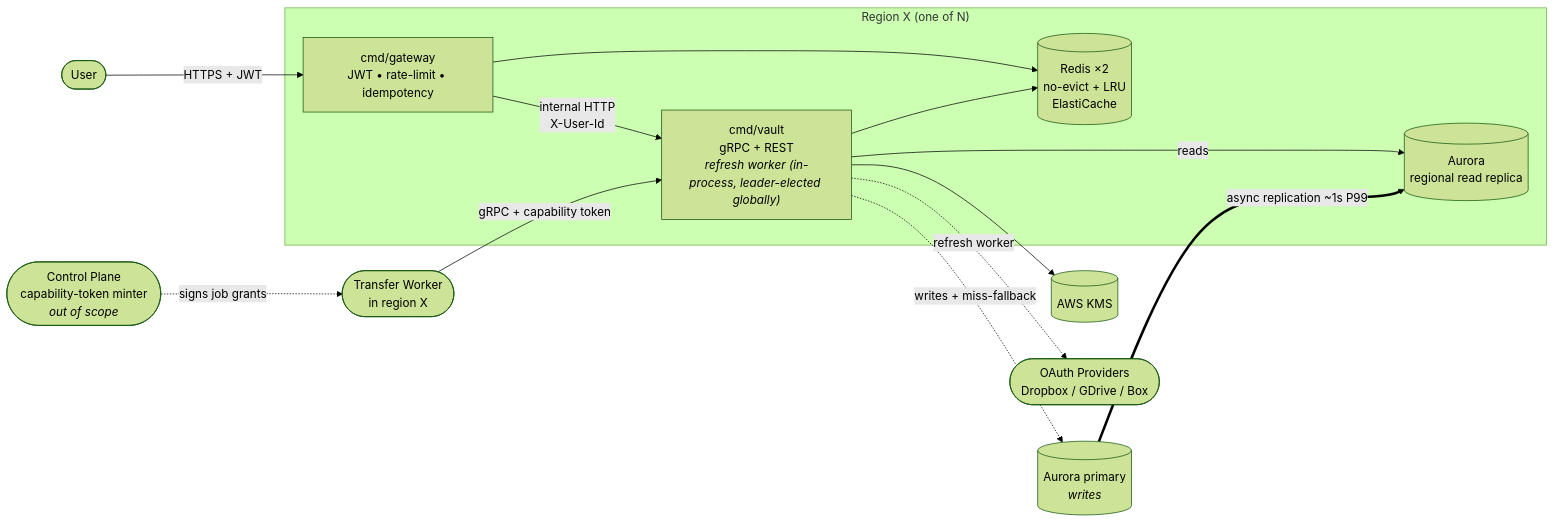
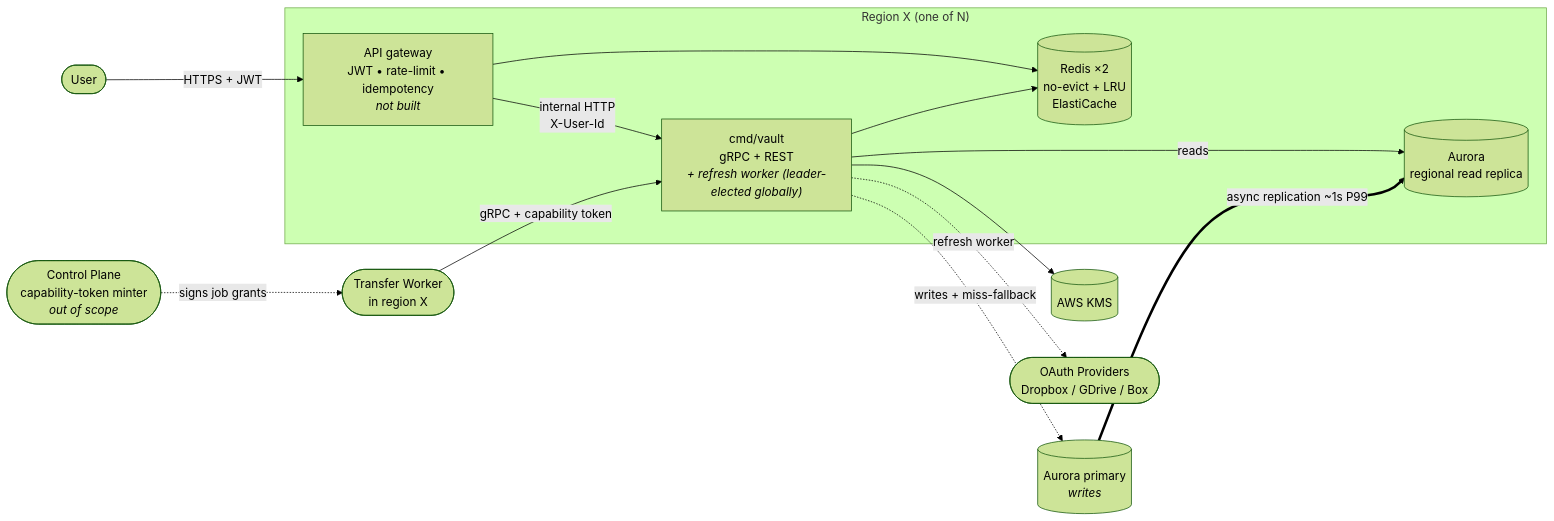
The first of 4 diagrams in README.md (tumultousRamen/coffer), drawn with Mermaid (forest theme) before and after one commit. The commit also changed other lines of this file, not shown here.

````diff
--- a/README.md
+++ b/README.md
@@ -17,30 +36,30 @@
 ```mermaid
 flowchart LR
     User([User])
     Worker([Transfer Worker<br/>in region X])
     CP([Control Plane<br/>capability-token minter<br/><i>out of scope</i>])
 
     subgraph region["Region X (one of N)"]
-        Gateway["cmd/gateway<br/>JWT • rate-limit • idempotency"]
-        Vault["cmd/vault<br/>gRPC + REST<br/><i>refresh worker (in-process, leader-elected globally)</i>"]
+        Gateway["API gateway<br/>JWT • rate-limit • idempotency<br/><i>not built</i>"]
+        Vault["cmd/vault<br/>gRPC + REST<br/><i>+ refresh worker (leader-elected globally)</i>"]
         Replica[("Aurora<br/>regional read replica")]
         Redis[("Redis ×2<br/>no-evict + LRU<br/>ElastiCache")]
     end
 
     Primary[("Aurora primary<br/><i>writes</i>")]
     KMS[("AWS KMS")]
     OAuthP([OAuth Providers<br/>Dropbox / GDrive / Box])
 
     User -->|HTTPS + JWT| Gateway
     Gateway -->|internal HTTP<br/>X-User-Id| Vault
     Gateway --> Redis
     CP -.->|signs job grants| Worker
     Worker -->|gRPC + capability token| Vault
 
     Vault -->|reads| Replica
     Vault -.->|writes + miss-fallback| Primary
     Vault --> KMS
     Vault --> Redis
     Vault -.->|refresh worker| OAuthP
     Primary ===>|async replication ~1s P99| Replica
 ```
````
